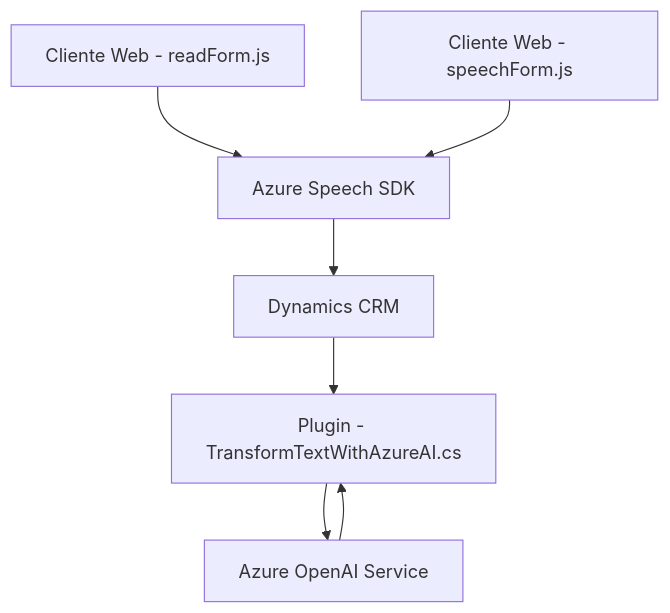
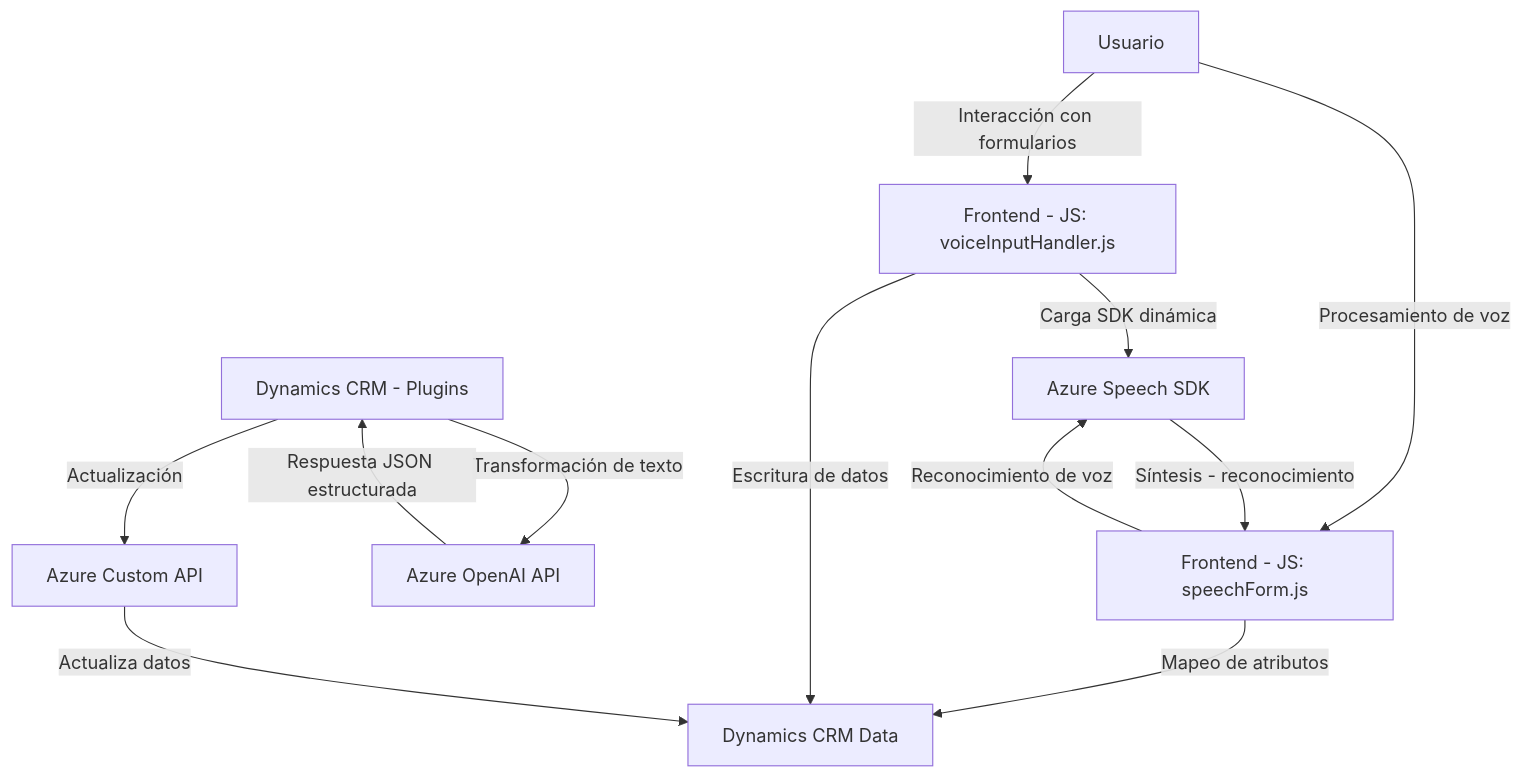
One commit to blopezdm/NETCORE_BILBAO2025 changed the diagram in README.md. Above: the diagram before and after it, drawn with Mermaid. The commit also changed other lines of this file, not shown here.

Commit message:
Actualizar análisis global de la solución con IA

````diff
--- a/README.md
+++ b/README.md
@@ -35,16 +58,23 @@
 ```mermaid
 graph TD
-  A["Cliente Web - readForm.js"]
-  B["Cliente Web - speechForm.js"]
-  C["Azure Speech SDK"]
-  D["Dynamics CRM"]
-  E["Plugin - TransformTextWithAzureAI.cs"]
-  F["Azure OpenAI Service"]
-  
-  A --> C
-  B --> C
-  C --> D
-  D --> E
-  E --> F
-  F --> E
+  A["Usuario"]
+  B["Frontend - JS: voiceInputHandler.js"]
+  C["Frontend - JS: speechForm.js"]
+  D["Azure Speech SDK"]
+  E["Dynamics CRM - Plugins"]
+  F["Azure OpenAI API"]
+  G["Dynamics CRM Data"]
+  H["Azure Custom API"]
+
+  A -->|Interacción con formularios| B
+  A -->|Procesamiento de voz| C
+  B -->|Carga SDK dinámica| D
+  C -->|Reconocimiento de voz| D
+  D -->|Síntesis - reconocimiento| C
+  C -->|Mapeo de atributos| G
+  B -->|Escritura de datos| G
+  E -->|Transformación de texto| F
+  F -->|"Respuesta JSON estructurada"| E
+  E -->|Actualización| H
+  H -->|Actualiza datos| G
 ```
````
